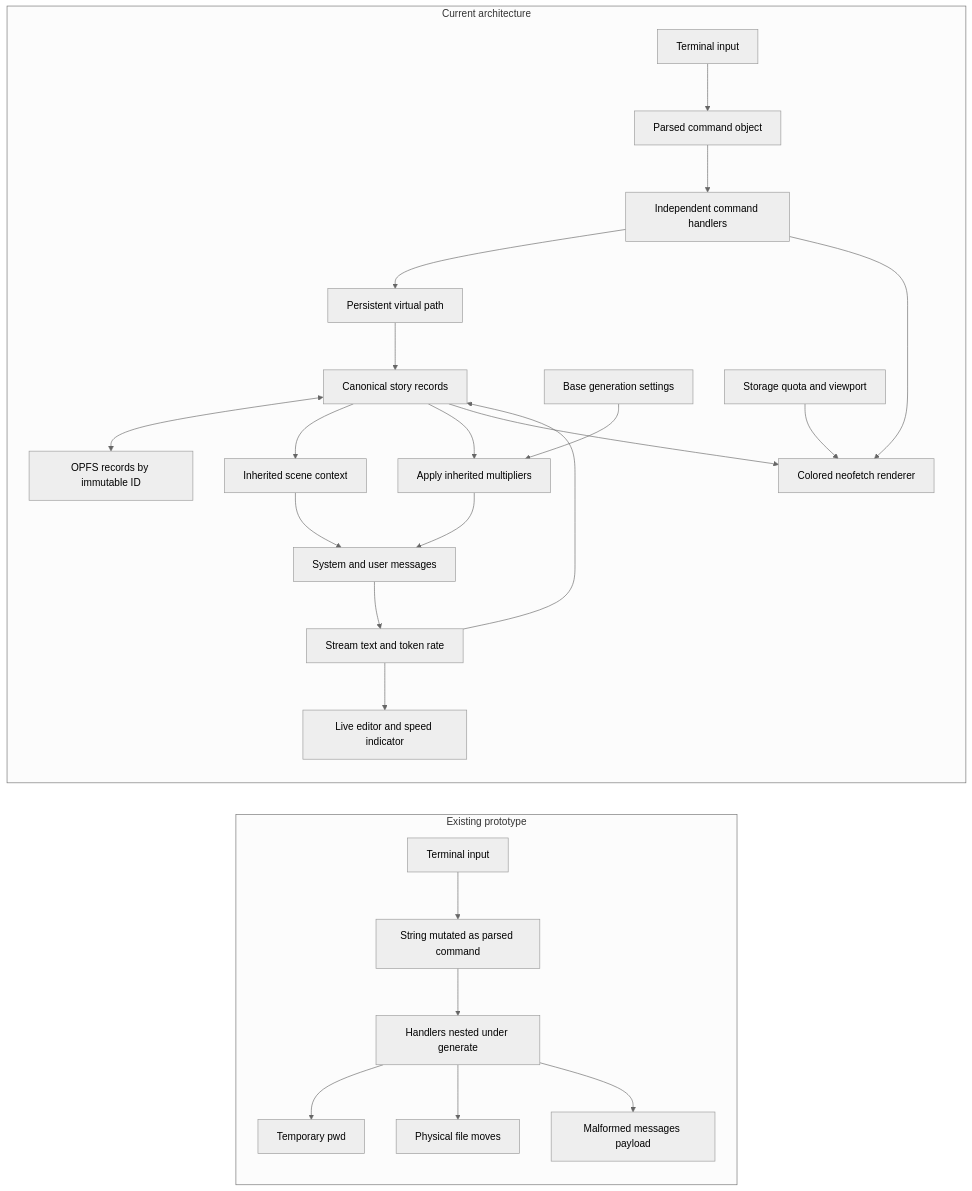
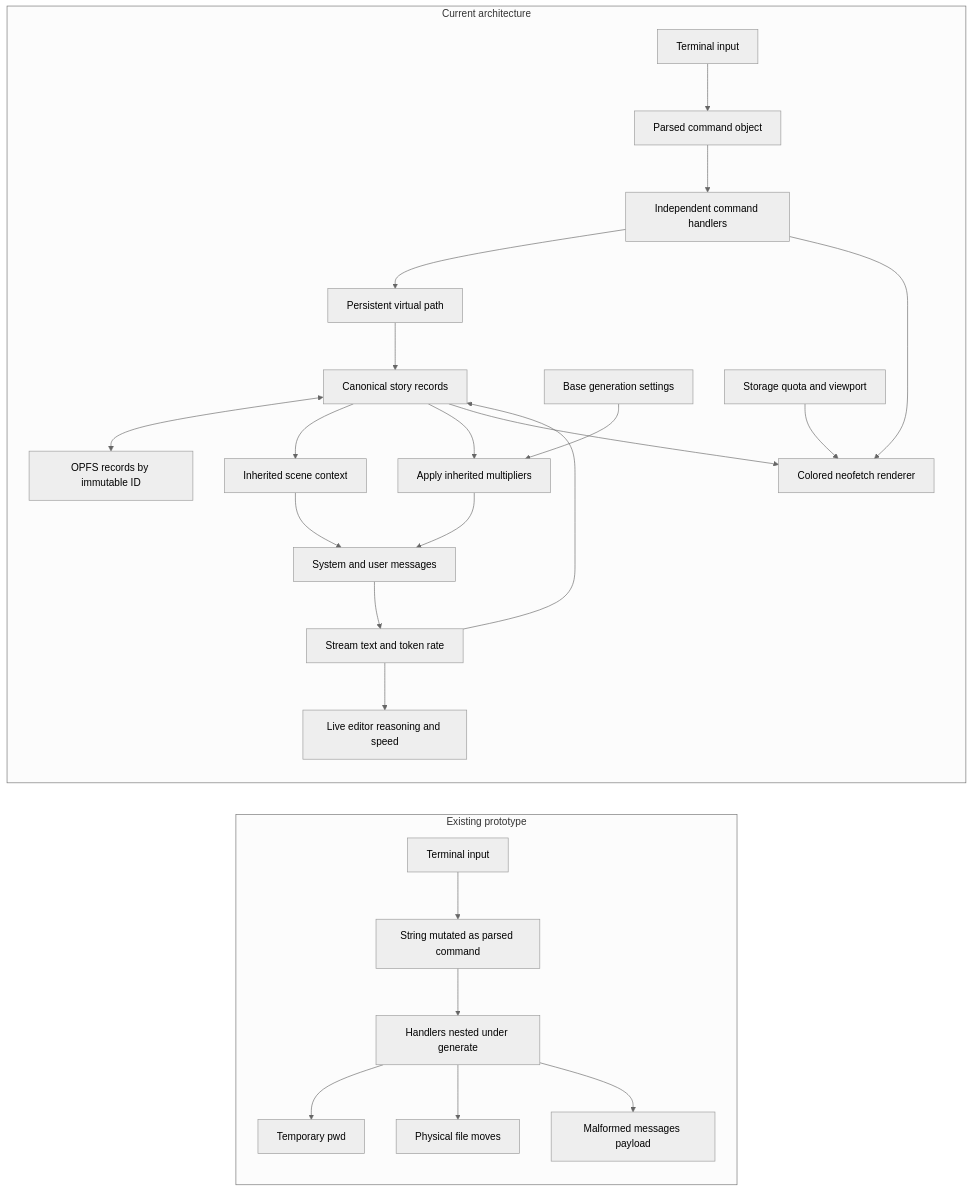
Before and after one commit to Colin1337X/cherenkov: the diagram in README.md, drawn with Mermaid (neutral theme). The commit also changed other lines of this file and 3 other files, not shown here.

````diff
--- a/README.md
+++ b/README.md
@@ -66,31 +68,31 @@
 ```mermaid
 flowchart LR
     subgraph Before[Existing prototype]
         direction TB
         BUI[Terminal input] --> BPARSE[String mutated as parsed command]
         BPARSE --> BDISPATCH[Handlers nested under generate]
         BDISPATCH --> BSTATE[Temporary pwd]
         BDISPATCH --> BFILES[Physical file moves]
         BDISPATCH --> BAPI[Malformed messages payload]
     end
 
     subgraph After[Current architecture]
         direction TB
         AUI[Terminal input] --> APARSE[Parsed command object]
         APARSE --> ACMD[Independent command handlers]
         ACMD --> APATH[Persistent virtual path]
         APATH --> ARECORDS[Canonical story records]
         ARECORDS <--> AOPFS[OPFS records by immutable ID]
         ARECORDS --> ACTX[Inherited scene context]
         ACTX --> AAPI[System and user messages]
         ABASE[Base generation settings] --> AMULT[Apply inherited multipliers]
         ARECORDS --> AMULT
         AMULT --> AAPI
         AAPI --> ASTREAM[Stream text and token rate]
-        ASTREAM --> AEDITOR[Live editor and speed indicator]
+        ASTREAM --> AEDITOR[Live editor reasoning and speed]
         ASTREAM --> ARECORDS
         ACMD --> ANEO[Colored neofetch renderer]
         ARECORDS --> ANEO
         ABROWSER[Storage quota and viewport] --> ANEO
     end
 ```
````
